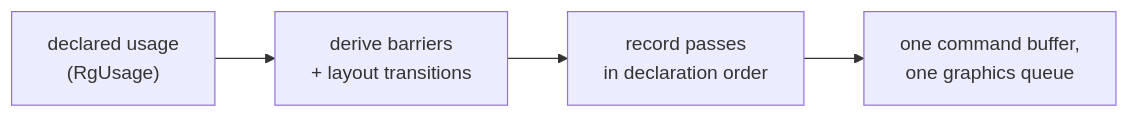
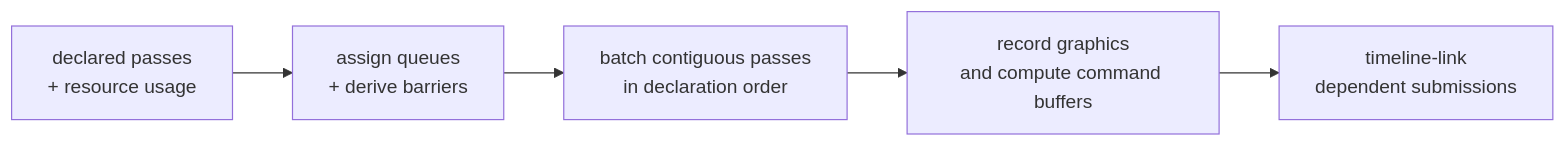
Before and after one commit to saffronjam/SaffronEngine: the diagram in docs/content/explanations/frame-and-render-graph/limits-and-seams.md, drawn with Mermaid. The commit also changed other lines of this file and 3 other files, not shown here.

First line of the commit message:
docs: update the graph limits, layouts, and telemetry pages

````diff
--- a/docs/content/explanations/frame-and-render-graph/limits-and-seams.md
+++ b/docs/content/explanations/frame-and-render-graph/limits-and-seams.md
@@ -12,6 +12,7 @@
 ```mermaid
 flowchart LR
-    A["declared usage<br/>(RgUsage)"] --> B[derive barriers<br/>+ layout transitions]
-    B --> C[record passes<br/>in declaration order]
-    C --> D[one command buffer,<br/>one graphics queue]
+    A[declared passes<br/>+ resource usage] --> B[assign queues<br/>+ derive barriers]
+    B --> C[batch contiguous passes<br/>in declaration order]
+    C --> D[record graphics<br/>and compute command buffers]
+    D --> E[timeline-link<br/>dependent submissions]
 ```
````
